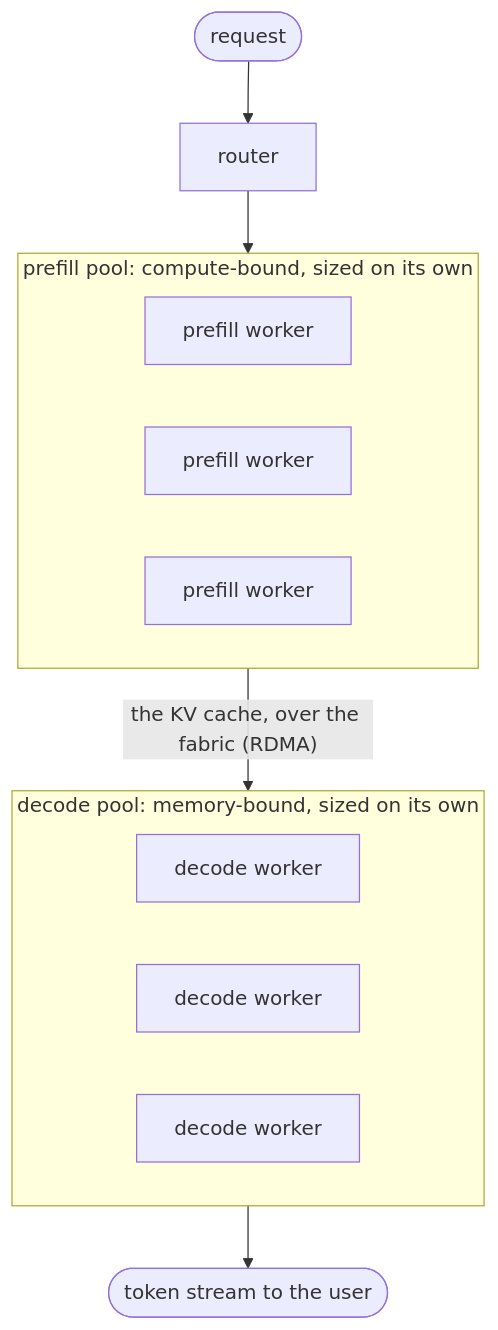
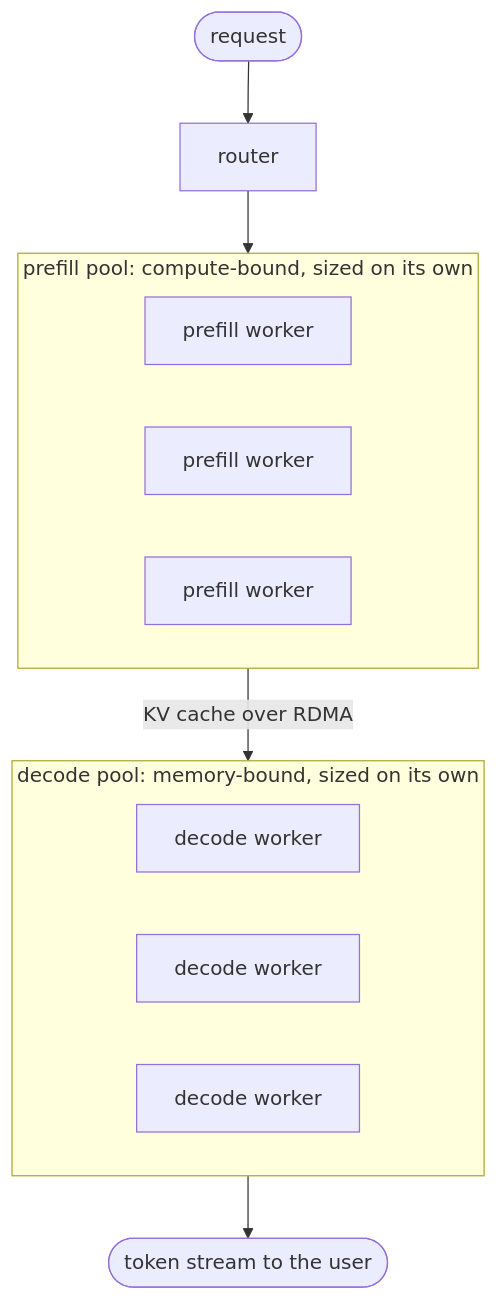
One commit to aniryou/full-stack-agentic-engineer changed the diagram in 01-hardware-gpu-fabric/gpu-deployment/gpu-deployment-primer.md. Above: the diagram before and after it, drawn with Mermaid. The commit also changed 633 other files, not shown here.

First line of the commit message:
Accessible language and one-screen figures, part 1: every figure fits a screen, the STE second pass over the layers (#53)

````diff
--- a/01-hardware-gpu-fabric/gpu-deployment/gpu-deployment-primer.md
+++ b/01-hardware-gpu-fabric/gpu-deployment/gpu-deployment-primer.md
@@ -273,19 +273,19 @@
 ```mermaid
 flowchart TB
   Q([request]) --> R[router]
   R --> P1
   subgraph PP["prefill pool: compute-bound, sized on its own"]
     direction LR
     P1[prefill worker]
     P2[prefill worker]
     P3[prefill worker]
   end
-  P1 -- "the KV cache, over the fabric (RDMA)" --> D1
+  P1 -- "KV cache over RDMA" --> D1
   subgraph DP["decode pool: memory-bound, sized on its own"]
     direction LR
     D1[decode worker]
     D2[decode worker]
     D3[decode worker]
   end
   D1 --> U([token stream to the user])
 ```
````
